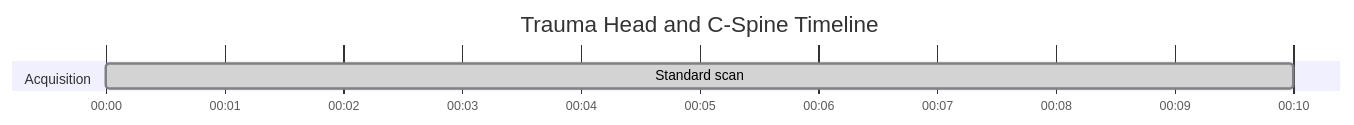
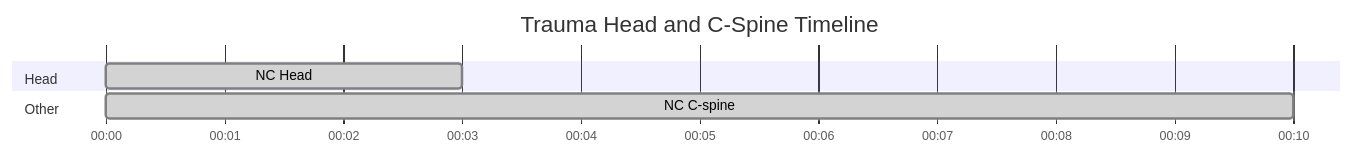
The diagram in docs/ct/trauma/trauma-head-and-c-spine.md (dfergs93/radiology-protocols), drawn with Mermaid before and after one commit. The commit also changed 101 other files, not shown here.

````diff
--- a/docs/ct/trauma/trauma-head-and-c-spine.md
+++ b/docs/ct/trauma/trauma-head-and-c-spine.md
@@ -70,13 +70,17 @@
   ```mermaid
   ---
+  displayMode: compact
   config:
     theme: default
+    themeCSS: " #Saline{ fill: #4ed5ff; stroke: #2094f3; } "
   ---
     gantt
       title Trauma Head and C-Spine Timeline
       dateFormat mm:ss
       axisFormat %M:%S 
       
-      section Acquisition
-      Standard scan    :done, scan1, 00:00, 10s
+      section Head
+      NC Head    :done, scan1, 00:00, 3s
+      section Other
+      NC C-spine    :done, scan2, 00:00, 10s
   ```
````
